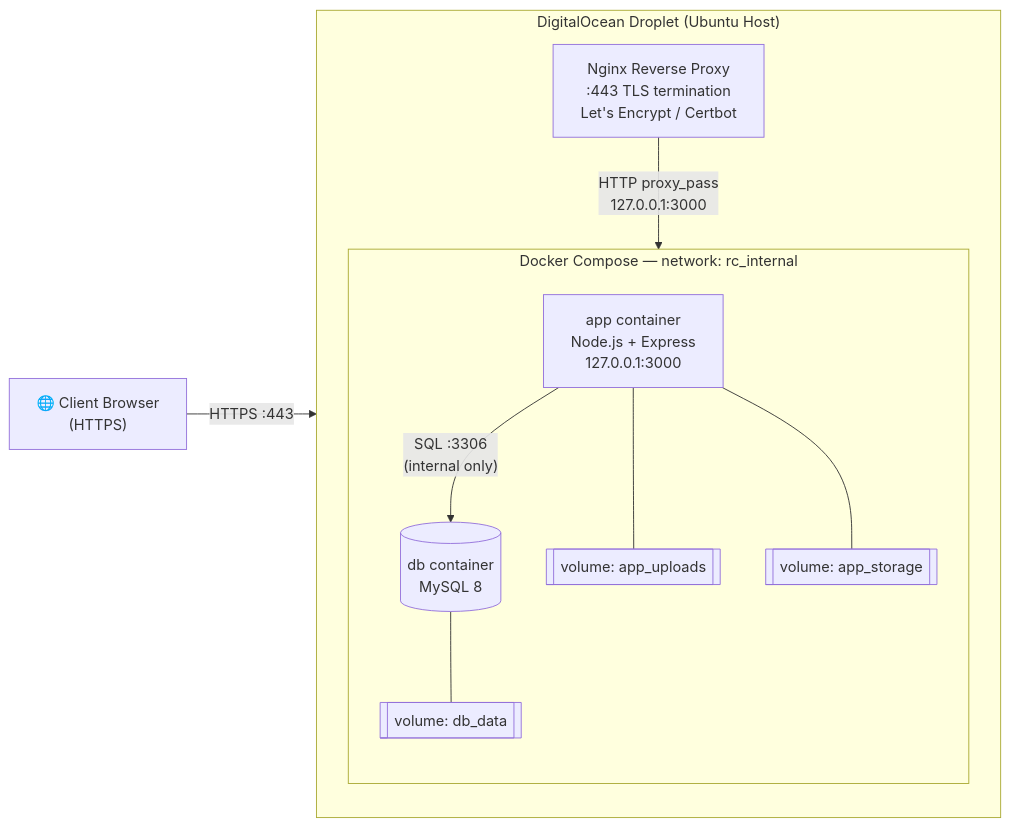
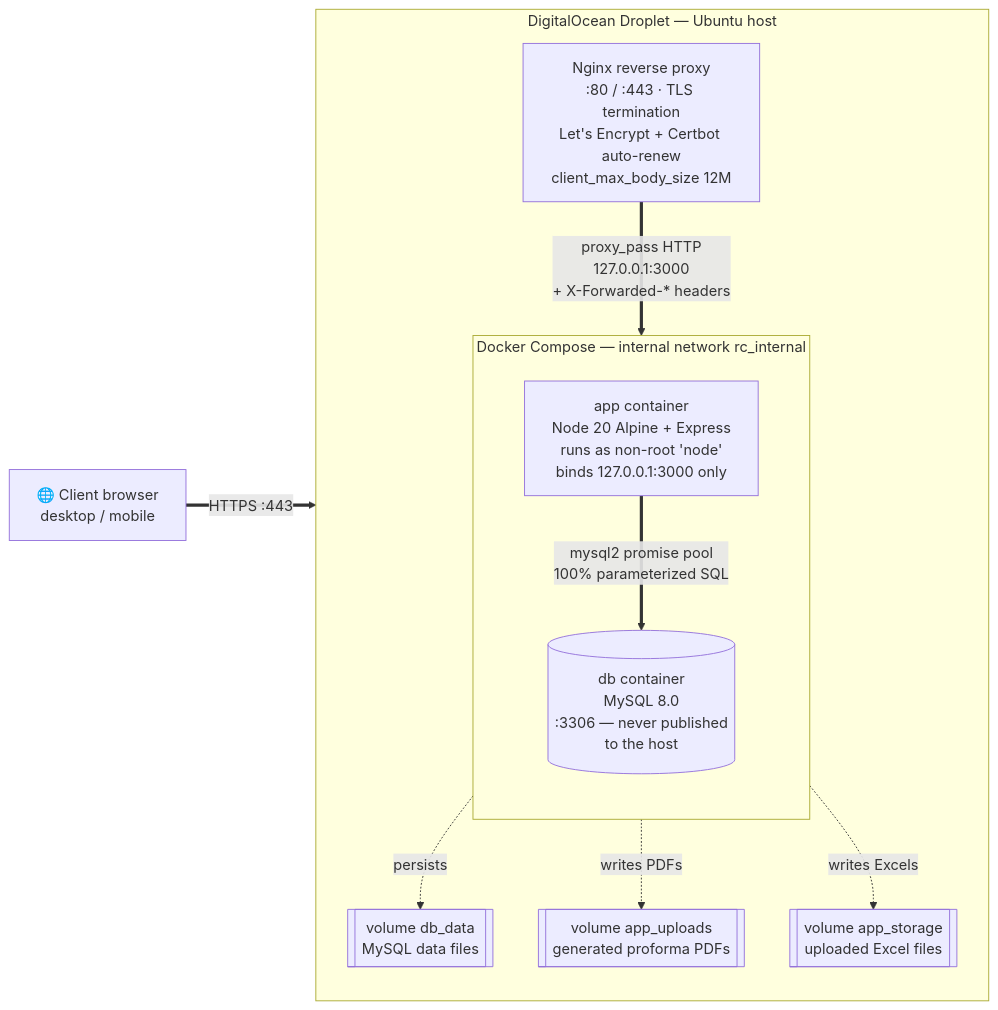
The first of 7 diagrams in README.md (AdrianGareca/rc-tractoparts), drawn with Mermaid before and after one commit. The commit also changed other lines of this file and 1 other file, not shown here.

````diff
--- a/README.md
+++ b/README.md
@@ -89,25 +89,26 @@
 ```mermaid
 flowchart LR
-    Client["🌐 Client Browser<br/>(HTTPS)"]
+    Client["🌐 Client browser<br/>desktop / mobile"]
 
-    subgraph Droplet["DigitalOcean Droplet (Ubuntu Host)"]
+    subgraph Droplet["DigitalOcean Droplet — Ubuntu host"]
         direction TB
-        Nginx["Nginx Reverse Proxy<br/>:443 TLS termination<br/>Let's Encrypt / Certbot"]
+        Nginx["Nginx reverse proxy<br/>:80 / :443 · TLS termination<br/>Let's Encrypt + Certbot auto-renew<br/>client_max_body_size 12M"]
 
-        subgraph Docker["Docker Compose — network: rc_internal"]
+        subgraph Compose["Docker Compose — internal network rc_internal"]
             direction TB
-            App["app container<br/>Node.js + Express<br/>127.0.0.1:3000"]
-            DB[("db container<br/>MySQL 8")]
-            VolDB[["volume: db_data"]]
-            VolUp[["volume: app_uploads"]]
-            VolSt[["volume: app_storage"]]
+            App["app container<br/>Node 20 Alpine + Express<br/>runs as non-root 'node'<br/>binds 127.0.0.1:3000 only"]
+            DB[("db container<br/>MySQL 8.0<br/>:3306 — never published<br/>to the host")]
         end
+
+        VolDB[["volume db_data<br/>MySQL data files"]]
+        VolUp[["volume app_uploads<br/>generated proforma PDFs"]]
+        VolSt[["volume app_storage<br/>uploaded Excel files"]]
     end
 
-    Client -- "HTTPS :443" --> Nginx
-    Nginx -- "HTTP proxy_pass<br/>127.0.0.1:3000" --> App
-    App -- "SQL :3306<br/>(internal only)" --> DB
-    DB --- VolDB
-    App --- VolUp
-    App --- VolSt
+    Client == "HTTPS :443" ==> Nginx
+    Nginx == "proxy_pass HTTP<br/>127.0.0.1:3000<br/>+ X-Forwarded-* headers" ==> App
+    App == "mysql2 promise pool<br/>100% parameterized SQL" ==> DB
+    DB -. "persists" .-> VolDB
+    App -. "writes PDFs" .-> VolUp
+    App -. "writes Excels" .-> VolSt
 ```
````
